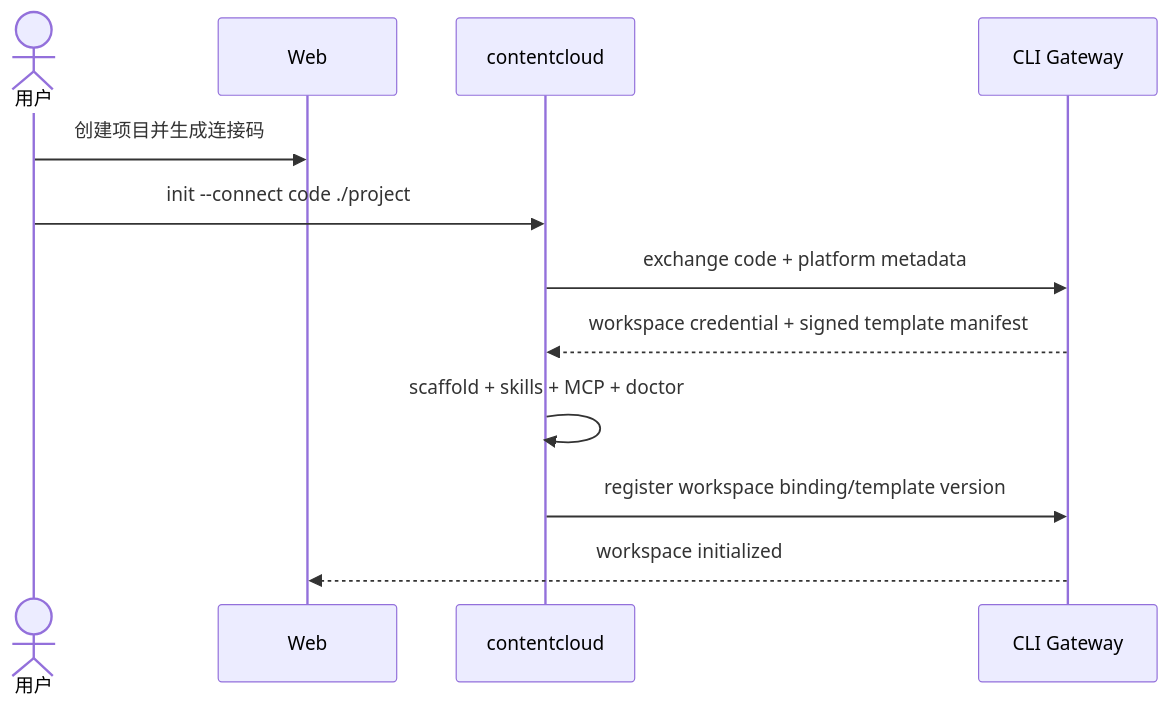
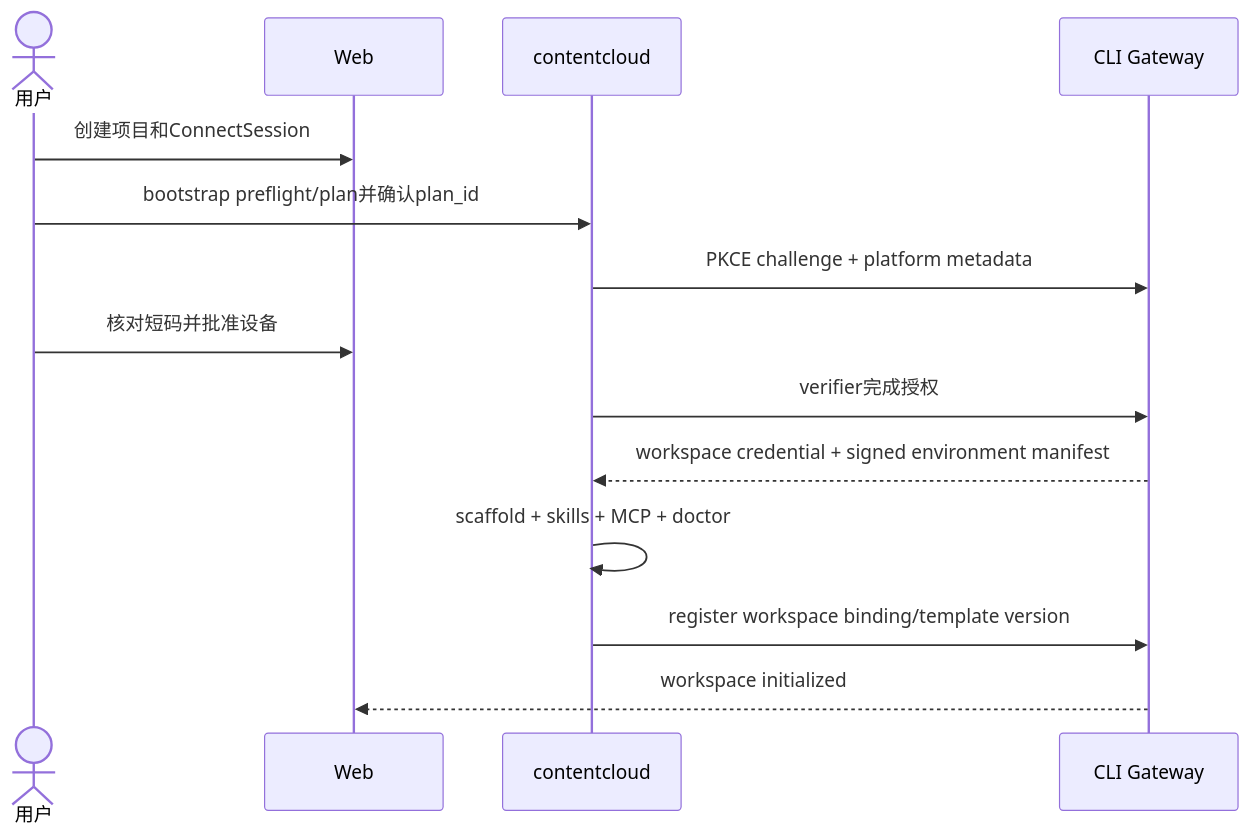
Before and after one commit to limecloud/contentcloud: the diagram in docs/roadmap/v2/09-cli-mcp-and-contracts.md, drawn with Mermaid. The commit also changed other lines of this file and 81 other files, not shown here.

````diff
--- a/docs/roadmap/v2/09-cli-mcp-and-contracts.md
+++ b/docs/roadmap/v2/09-cli-mcp-and-contracts.md
@@ -30,15 +33,17 @@
 ```mermaid
 sequenceDiagram
     actor U as 用户
     participant Web as Web
     participant CLI as contentcloud
     participant API as CLI Gateway
 
-    U->>Web: 创建项目并生成连接码
-    U->>CLI: init --connect code ./project
-    CLI->>API: exchange code + platform metadata
-    API-->>CLI: workspace credential + signed template manifest
+    U->>Web: 创建项目和ConnectSession
+    U->>CLI: bootstrap preflight/plan并确认plan_id
+    CLI->>API: PKCE challenge + platform metadata
+    U->>Web: 核对短码并批准设备
+    CLI->>API: verifier完成授权
+    API-->>CLI: workspace credential + signed environment manifest
     CLI->>CLI: scaffold + skills + MCP + doctor
     CLI->>API: register workspace binding/template version
     API-->>Web: workspace initialized
 ```
````
